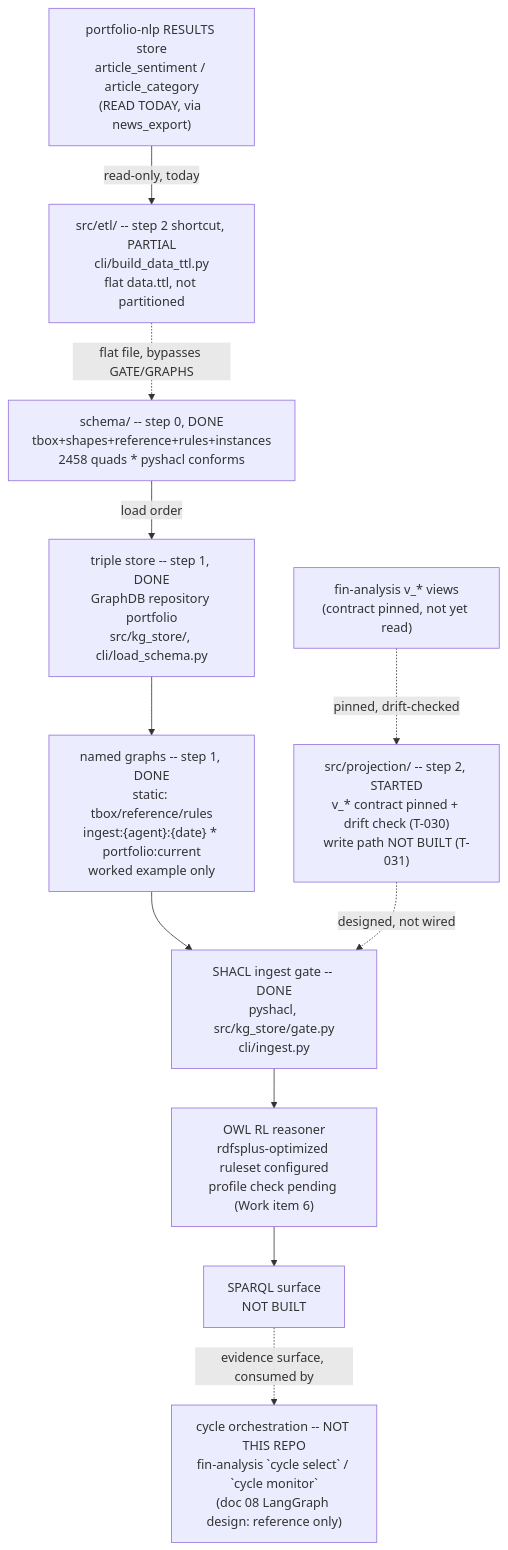
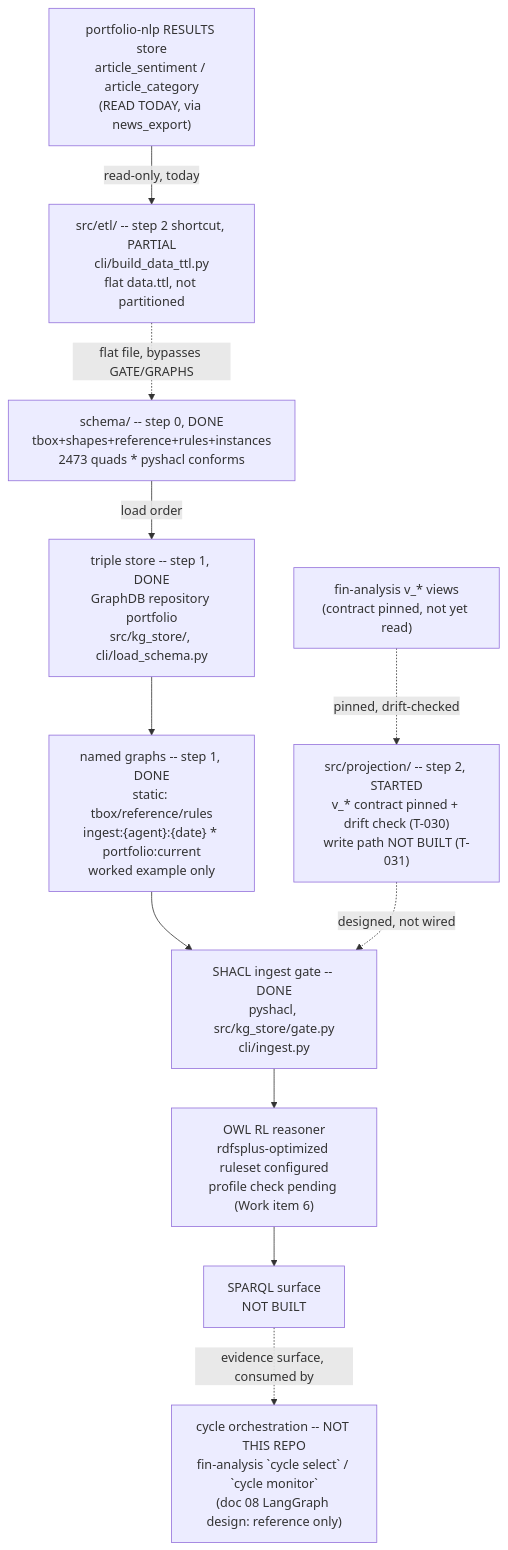
Before and after one commit to gamug/portfolio-knowledge-graph: the diagram in .specify/memory/SPEC.md, drawn with Mermaid. The commit also changed other lines of this file and 4 other files, not shown here.

First line of the commit message:
test(schema): run the FR-001 parse + pyshacl gate under pytest (T-134)

````diff
--- a/.specify/memory/SPEC.md
+++ b/.specify/memory/SPEC.md
@@ -484,22 +484,22 @@
 ```mermaid
 flowchart TB
-    SCHEMA["schema/ -- step 0, DONE<br/>tbox+shapes+reference+rules+instances<br/>2458 quads * pyshacl conforms"]
+    SCHEMA["schema/ -- step 0, DONE<br/>tbox+shapes+reference+rules+instances<br/>2473 quads * pyshacl conforms"]
     STORE["triple store -- step 1, DONE<br/>GraphDB repository portfolio<br/>src/kg_store/, cli/load_schema.py"]
     GRAPHS["named graphs -- step 1, DONE<br/>static: tbox/reference/rules<br/>ingest:{agent}:{date} * portfolio:current<br/>worked example only"]
     GATE["SHACL ingest gate -- DONE<br/>pyshacl, src/kg_store/gate.py<br/>cli/ingest.py"]
     PROJ["src/projection/ -- step 2, STARTED<br/>v_* contract pinned + drift check (T-030)<br/>write path NOT BUILT (T-031)"]
     FIN["fin-analysis v_* views<br/>(contract pinned, not yet read)"]
     NLPRES["portfolio-nlp RESULTS store<br/>article_sentiment / article_category<br/>(READ TODAY, via news_export)"]
     ETL["src/etl/ -- step 2 shortcut, PARTIAL<br/>cli/build_data_ttl.py<br/>flat data.ttl, not partitioned"]
     REASON["OWL RL reasoner<br/>rdfsplus-optimized ruleset configured<br/>profile check pending (Work item 6)"]
     SPARQL["SPARQL surface<br/>NOT BUILT"]
     AGENTS["cycle orchestration -- NOT THIS REPO<br/>fin-analysis `cycle select` / `cycle monitor`<br/>(doc 08 LangGraph design: reference only)"]
 
     SCHEMA -->|load order| STORE --> GRAPHS --> GATE
     FIN -.->|pinned, drift-checked| PROJ
     PROJ -.->|designed, not wired| GATE
     NLPRES -->|read-only, today| ETL
     ETL -.->|flat file, bypasses GATE/GRAPHS| SCHEMA
     GATE --> REASON --> SPARQL
     SPARQL -.->|evidence surface, consumed by| AGENTS
 ```
````
